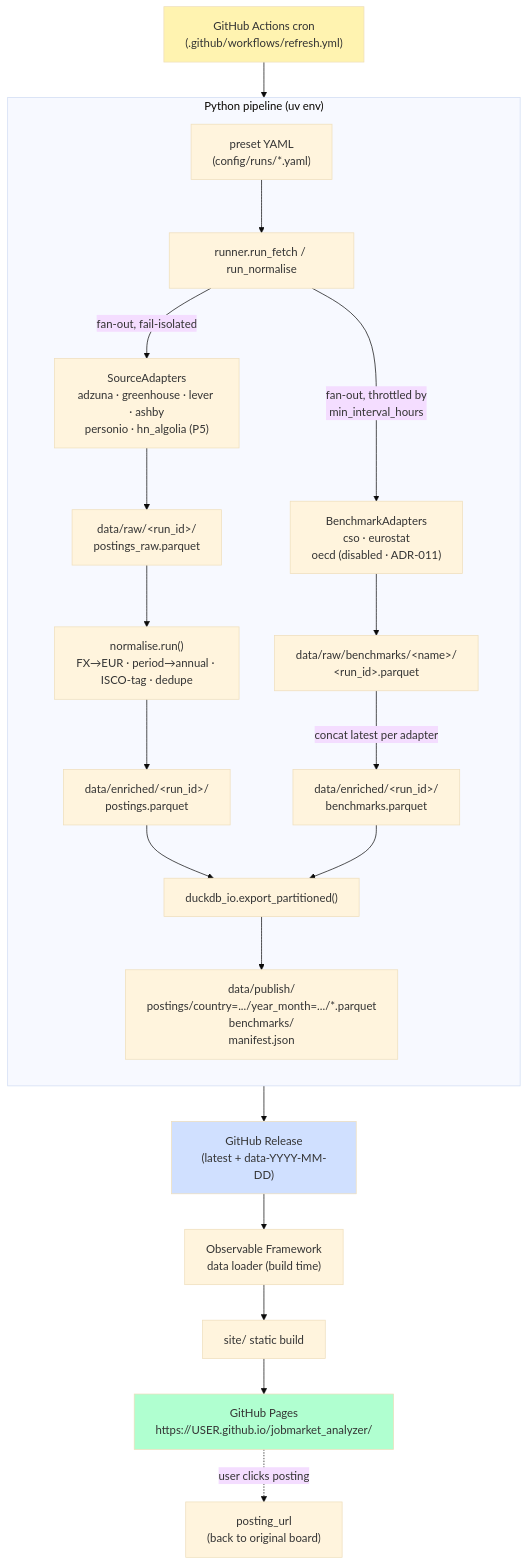
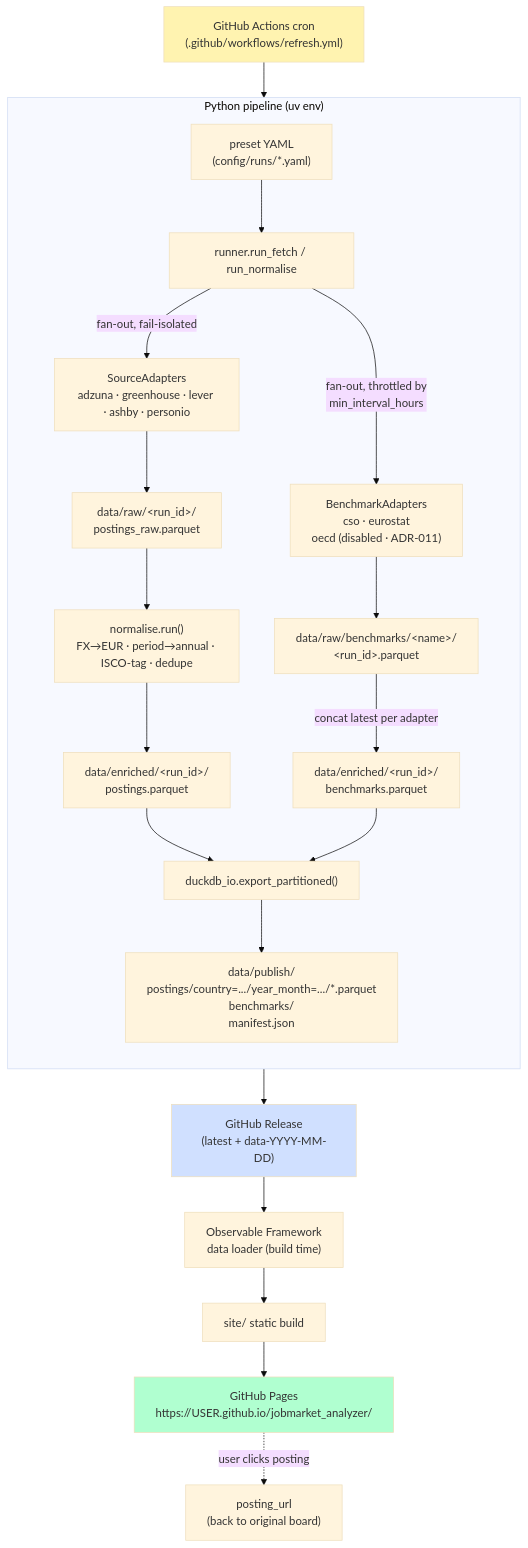
The diagram in docs/architecture.md (alex-wu/jobmarket_analyzer), drawn with Mermaid (base theme) before and after one commit. The commit also changed other lines of this file and 22 other files, not shown here.

````diff
--- a/docs/architecture.md
+++ b/docs/architecture.md
@@ -7,29 +7,29 @@
 ```mermaid
 flowchart TD
     cron["GitHub Actions cron<br/>(.github/workflows/refresh.yml)"] --> runner
 
     subgraph pipeline["Python pipeline (uv env)"]
         direction TB
         preset["preset YAML<br/>(config/runs/*.yaml)"] --> runner["runner.run_fetch / run_normalise"]
-        runner -->|fan-out, fail-isolated| sources["SourceAdapters<br/>adzuna · greenhouse · lever · ashby<br/>personio · hn_algolia (P5)"]
+        runner -->|fan-out, fail-isolated| sources["SourceAdapters<br/>adzuna · greenhouse · lever · ashby · personio"]
         sources --> raw["data/raw/&lt;run_id&gt;/<br/>postings_raw.parquet"]
         runner -->|fan-out, throttled by<br/>min_interval_hours| bench["BenchmarkAdapters<br/>cso · eurostat<br/>oecd (disabled · ADR-011)"]
         bench --> benchraw["data/raw/benchmarks/&lt;name&gt;/<br/>&lt;run_id&gt;.parquet"]
         raw --> normalise["normalise.run()<br/>FX→EUR · period→annual · ISCO-tag · dedupe"]
         normalise --> enriched["data/enriched/&lt;run_id&gt;/<br/>postings.parquet"]
         benchraw -->|concat latest per adapter| enrichedbench["data/enriched/&lt;run_id&gt;/<br/>benchmarks.parquet"]
         enriched --> publish["duckdb_io.export_partitioned()"]
         enrichedbench --> publish
         publish --> bundle["data/publish/<br/>postings/country=.../year_month=.../*.parquet<br/>benchmarks/<br/>manifest.json"]
     end
 
     bundle --> release["GitHub Release<br/>(latest + data-YYYY-MM-DD)"]
     release --> loader["Observable Framework<br/>data loader (build time)"]
     loader --> site["site/ static build"]
     site --> pages["GitHub Pages<br/>https://USER.github.io/jobmarket_analyzer/"]
     pages -.->|user clicks posting| source_url["posting_url<br/>(back to original board)"]
 
     style cron fill:#fff3b0
     style pages fill:#b0ffd0
     style release fill:#d0e0ff
 ```
````
